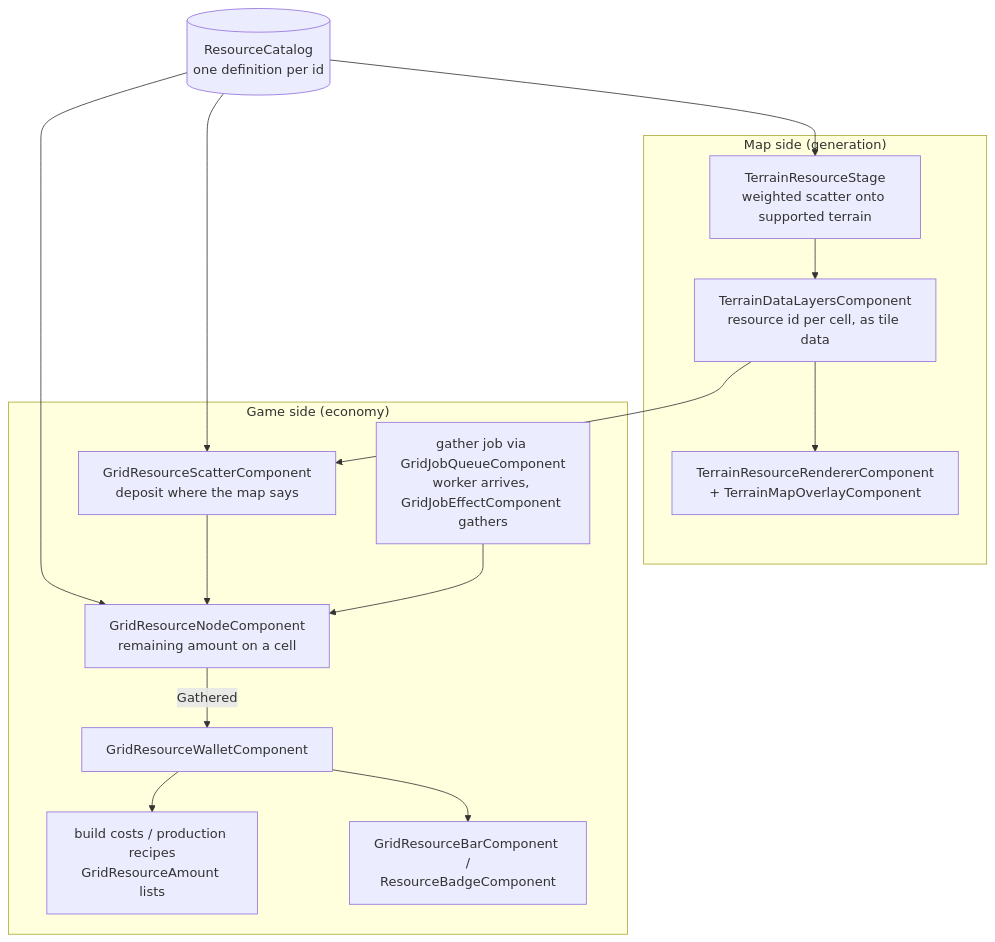
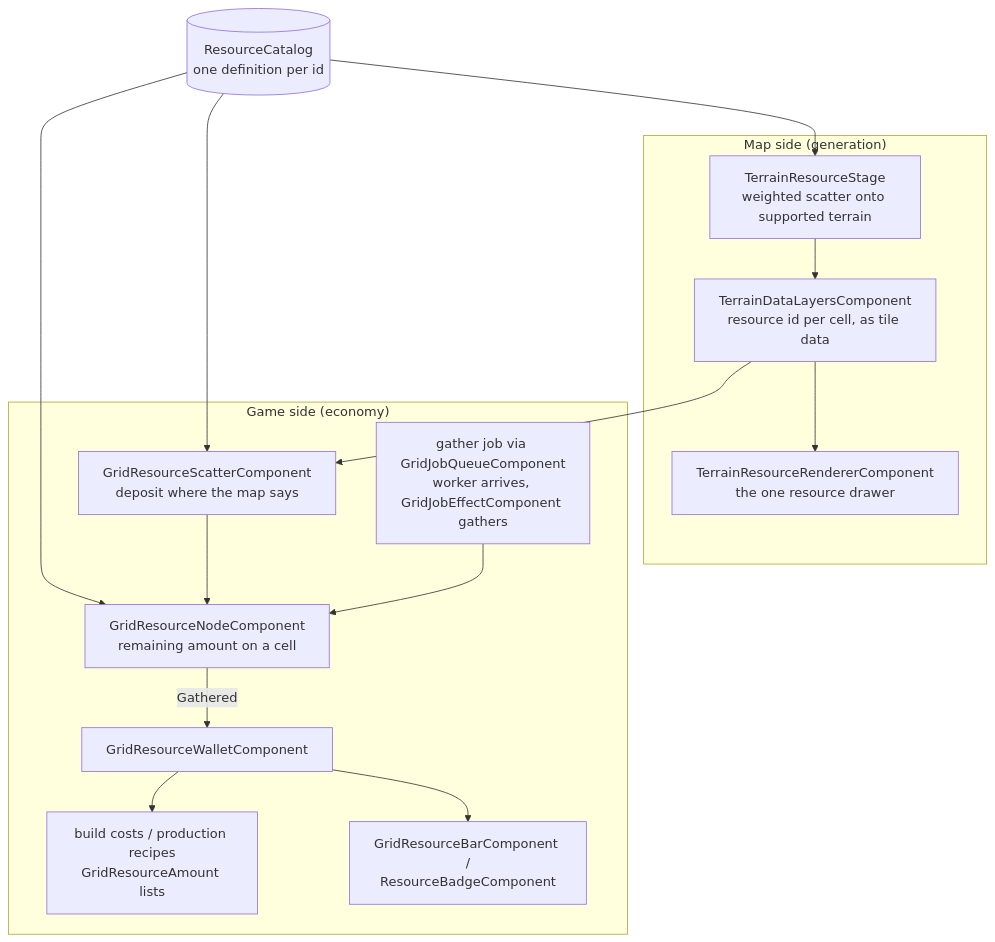
Before and after one commit to The-Tech-Idea/Beep.Godot: the diagram in docs/resource-system/DEVELOPER_GUIDE.md, drawn with Mermaid. The commit also changed other lines of this file and 213 other files, not shown here.

````diff
--- a/docs/resource-system/DEVELOPER_GUIDE.md
+++ b/docs/resource-system/DEVELOPER_GUIDE.md
@@ -26,29 +26,29 @@
 ```mermaid
 flowchart TB
     CAT[(ResourceCatalog<br/>one definition per id)]
 
     subgraph Map["Map side (generation)"]
         STAGE[TerrainResourceStage<br/>weighted scatter onto supported terrain]
         DL[TerrainDataLayersComponent<br/>resource id per cell, as tile data]
-        ICONS[TerrainResourceRendererComponent<br/>+ TerrainMapOverlayComponent]
+        ICONS[TerrainResourceRendererComponent<br/>the one resource drawer]
     end
 
     subgraph Game["Game side (economy)"]
         SCAT[GridResourceScatterComponent<br/>deposit where the map says]
         NODE[GridResourceNodeComponent<br/>remaining amount on a cell]
         JOB[gather job via GridJobQueueComponent<br/>worker arrives, GridJobEffectComponent gathers]
         WALLET[GridResourceWalletComponent]
         SPEND[build costs / production recipes<br/>GridResourceAmount lists]
         HUD[GridResourceBarComponent /<br/>ResourceBadgeComponent]
     end
 
     CAT --> STAGE
     CAT --> SCAT
     CAT --> NODE
     STAGE --> DL --> ICONS
     DL --> SCAT --> NODE
     NODE -->|Gathered| WALLET
     WALLET --> SPEND
     WALLET --> HUD
     JOB --> NODE
 ```
````
